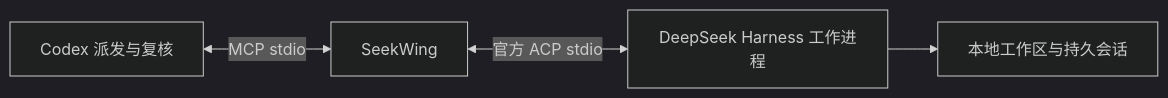
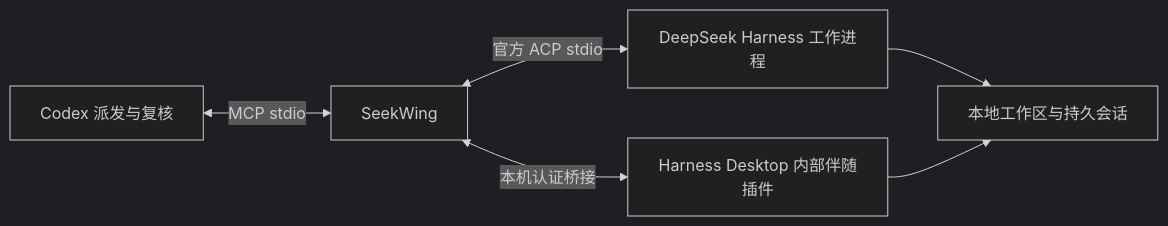
The diagram in README.zh-CN.md (heyzeyu/seekwing), drawn with Mermaid (dark theme) before and after one commit. The commit also changed other lines of this file and 25 other files, not shown here.

Commit message:
feat: add visible Harness Desktop sessions alongside ACP

````diff
--- a/README.zh-CN.md
+++ b/README.zh-CN.md
@@ -13,6 +13,8 @@
 ```mermaid
 flowchart LR
     C[Codex 派发与复核] <-->|MCP stdio| S[SeekWing]
     S <-->|官方 ACP stdio| H[DeepSeek Harness 工作进程]
+    S <-->|本机认证桥接| D[Harness Desktop 内部伴随插件]
     H --> W[本地工作区与持久会话]
+    D --> W
 ```
````
